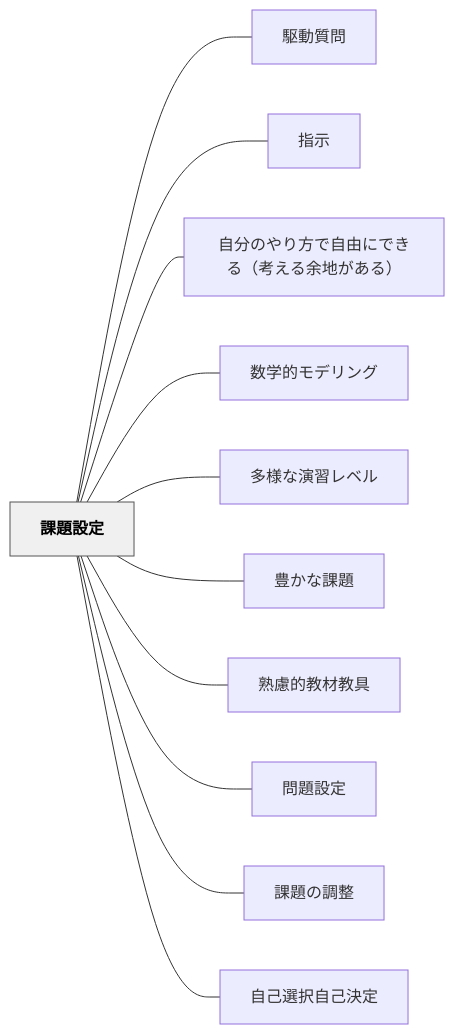
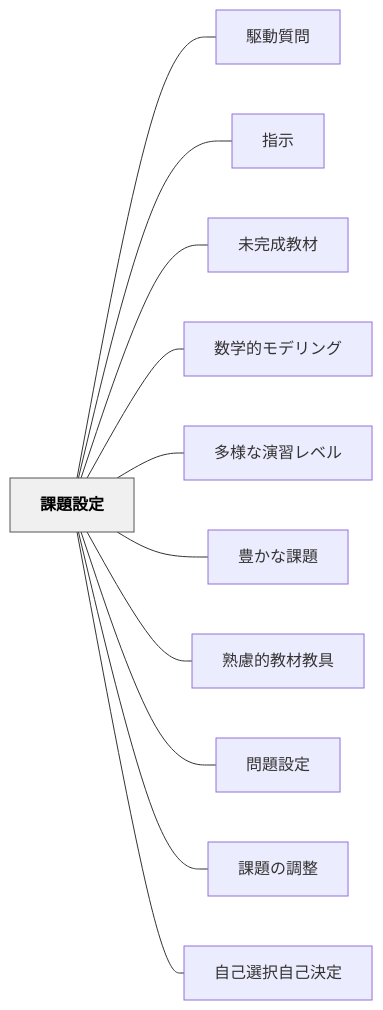
One commit to unknownthings-ed-patterns/unknownthings-ed-patterns changed the diagram in content/パタン/課題設定.md. Above: the diagram before and after it, drawn with Mermaid. The commit also changed other lines of this file and 34 other files, not shown here.

````diff
--- a/content/パタン/課題設定.md
+++ b/content/パタン/課題設定.md
@@ -51,28 +53,28 @@
 ```mermaid
 flowchart LR
     ne8aab2e9a18ce8a8ade5ae9a["課題設定"]
     ne9a786e58b95e8b3aae5958f["駆動質問"]
     ne68c87e7a4ba["指示"]
-    ne887aae58886e381aee38284e3828ae696b9e381a7e887aae794b1e381abe381a7e3818de3828befbc88e88083e38188e3828be4bd99e59cb0e3818ce38182e3828befbc89["自分のやり方で自由にできる（考える余地がある）"]
+    ne69caae5ae8ce68890e69599e69d90["未完成教材"]
     ne695b0e5ada6e79a84e383a2e38387e383aae383b3e382b0["数学的モデリング"]
     ne5a49ae6a798e381aae6bc94e7bf92e383ace38399e383ab["多様な演習レベル"]
     ne8b18ae3818be381aae8aab2e9a18c["豊かな課題"]
     ne7869fe685aee79a84e69599e69d90e69599e585b7["熟慮的教材教具"]
     ne5958fe9a18ce8a8ade5ae9a["問題設定"]
     ne8aab2e9a18ce381aee8aabfe695b4["課題の調整"]
     ne887aae5b7b1e981b8e68a9ee887aae5b7b1e6b1bae5ae9a["自己選択自己決定"]
 
     ne8aab2e9a18ce8a8ade5ae9a --- ne9a786e58b95e8b3aae5958f
     ne8aab2e9a18ce8a8ade5ae9a --- ne68c87e7a4ba
-    ne8aab2e9a18ce8a8ade5ae9a --- ne887aae58886e381aee38284e3828ae696b9e381a7e887aae794b1e381abe381a7e3818de3828befbc88e88083e38188e3828be4bd99e59cb0e3818ce38182e3828befbc89
+    ne8aab2e9a18ce8a8ade5ae9a --- ne69caae5ae8ce68890e69599e69d90
     ne8aab2e9a18ce8a8ade5ae9a --- ne695b0e5ada6e79a84e383a2e38387e383aae383b3e382b0
     ne8aab2e9a18ce8a8ade5ae9a --- ne5a49ae6a798e381aae6bc94e7bf92e383ace38399e383ab
     ne8aab2e9a18ce8a8ade5ae9a --- ne8b18ae3818be381aae8aab2e9a18c
     ne8aab2e9a18ce8a8ade5ae9a --- ne7869fe685aee79a84e69599e69d90e69599e585b7
     ne8aab2e9a18ce8a8ade5ae9a --- ne5958fe9a18ce8a8ade5ae9a
     ne8aab2e9a18ce8a8ade5ae9a --- ne8aab2e9a18ce381aee8aabfe695b4
     ne8aab2e9a18ce8a8ade5ae9a --- ne887aae5b7b1e981b8e68a9ee887aae5b7b1e6b1bae5ae9a
 
     classDef hub fill:#f0f0f0,stroke:#555,color:#000,font-weight:bold
     class ne8aab2e9a18ce8a8ade5ae9a hub
 ```
````
